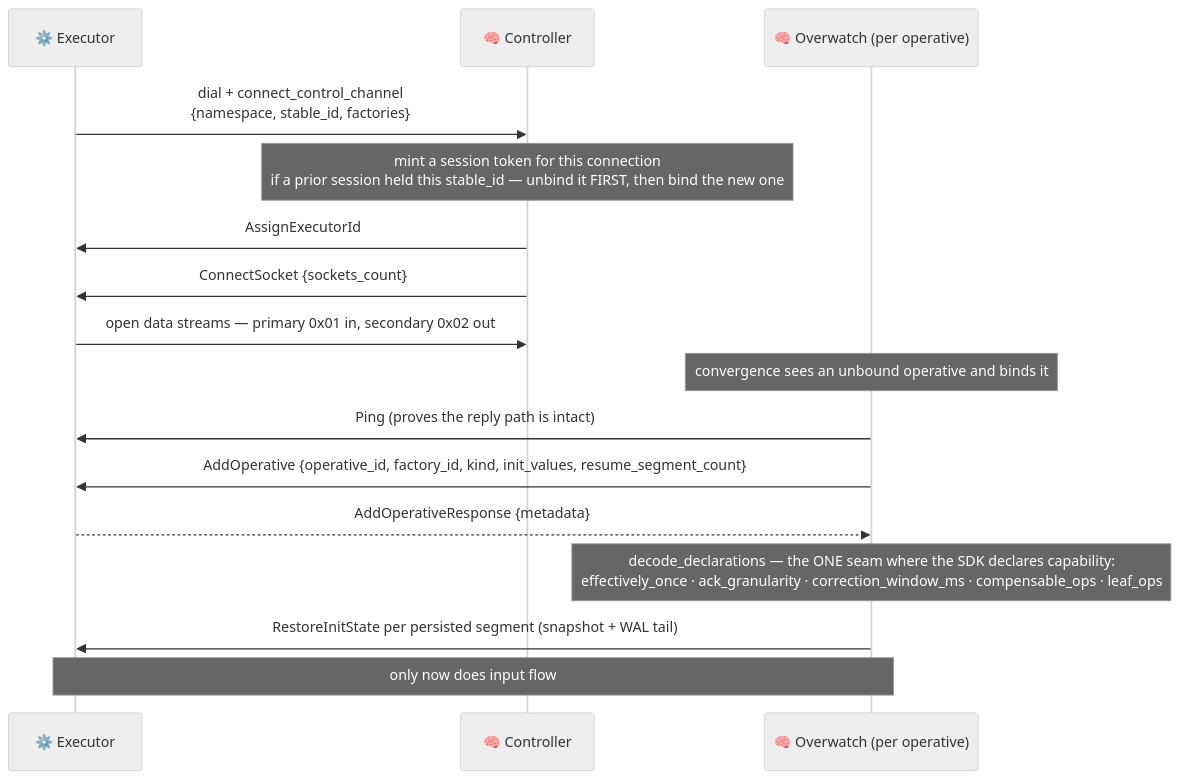
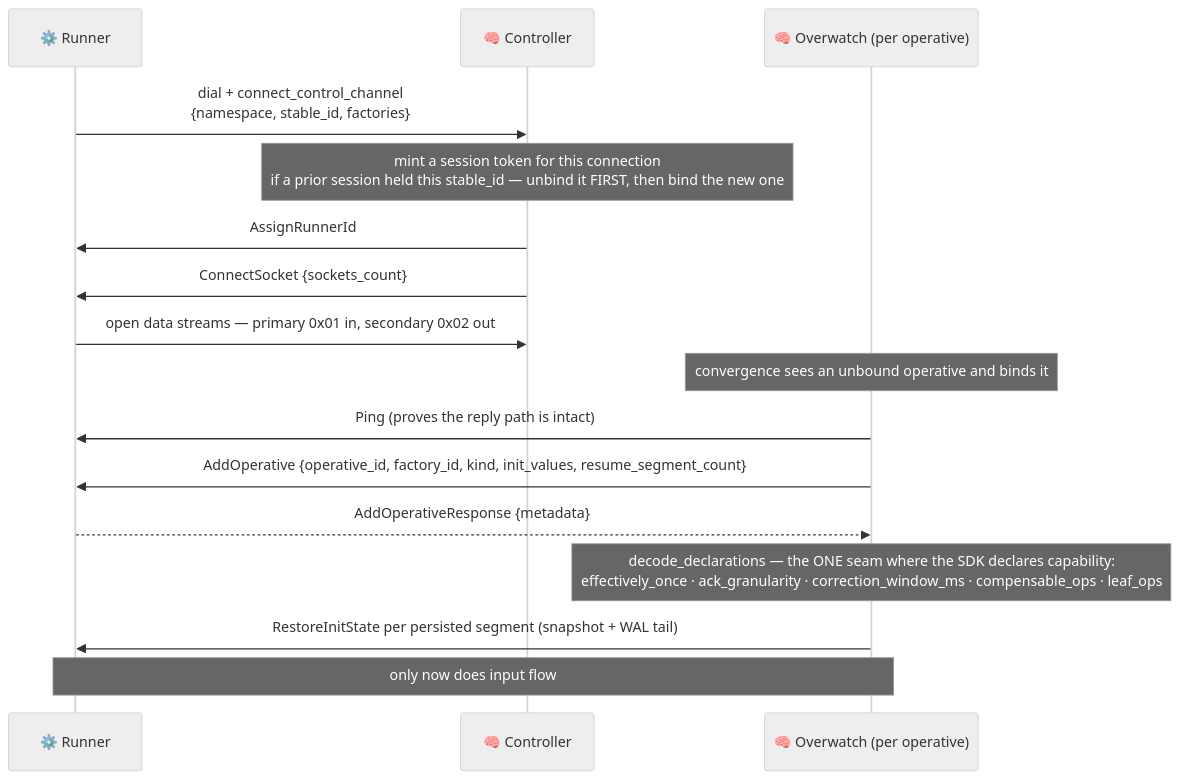
One commit to Flezha/flezha changed the fifth of 7 diagrams in docs/architecture/README.md. Above: the diagram before and after it, drawn with Mermaid (neutral theme). The commit also changed other lines of this file and 535 other files, not shown here.

````diff
--- a/docs/architecture/README.md
+++ b/docs/architecture/README.md
@@ -305,20 +305,20 @@
 ```mermaid
 sequenceDiagram
-    participant EX as ⚙️ Executor
+    participant EX as ⚙️ Runner
     participant CTRL as 🧠 Controller
     participant OW as 🧠 Overwatch (per operative)
 
     EX->>CTRL: dial + connect_control_channel<br/>{namespace, stable_id, factories}
     Note over CTRL: mint a session token for this connection<br/>if a prior session held this stable_id — unbind it FIRST, then bind the new one
-    CTRL->>EX: AssignExecutorId
+    CTRL->>EX: AssignRunnerId
     CTRL->>EX: ConnectSocket {sockets_count}
     EX->>CTRL: open data streams — primary 0x01 in, secondary 0x02 out
 
     Note over OW: convergence sees an unbound operative and binds it
     OW->>EX: Ping (proves the reply path is intact)
     OW->>EX: AddOperative {operative_id, factory_id, kind, init_values, resume_segment_count}
     EX-->>OW: AddOperativeResponse {metadata}
     Note over OW: decode_declarations — the ONE seam where the SDK declares capability:<br/>effectively_once · ack_granularity · correction_window_ms · compensable_ops · leaf_ops
     OW->>EX: RestoreInitState per persisted segment (snapshot + WAL tail)
     Note over OW,EX: only now does input flow
 ```
````
